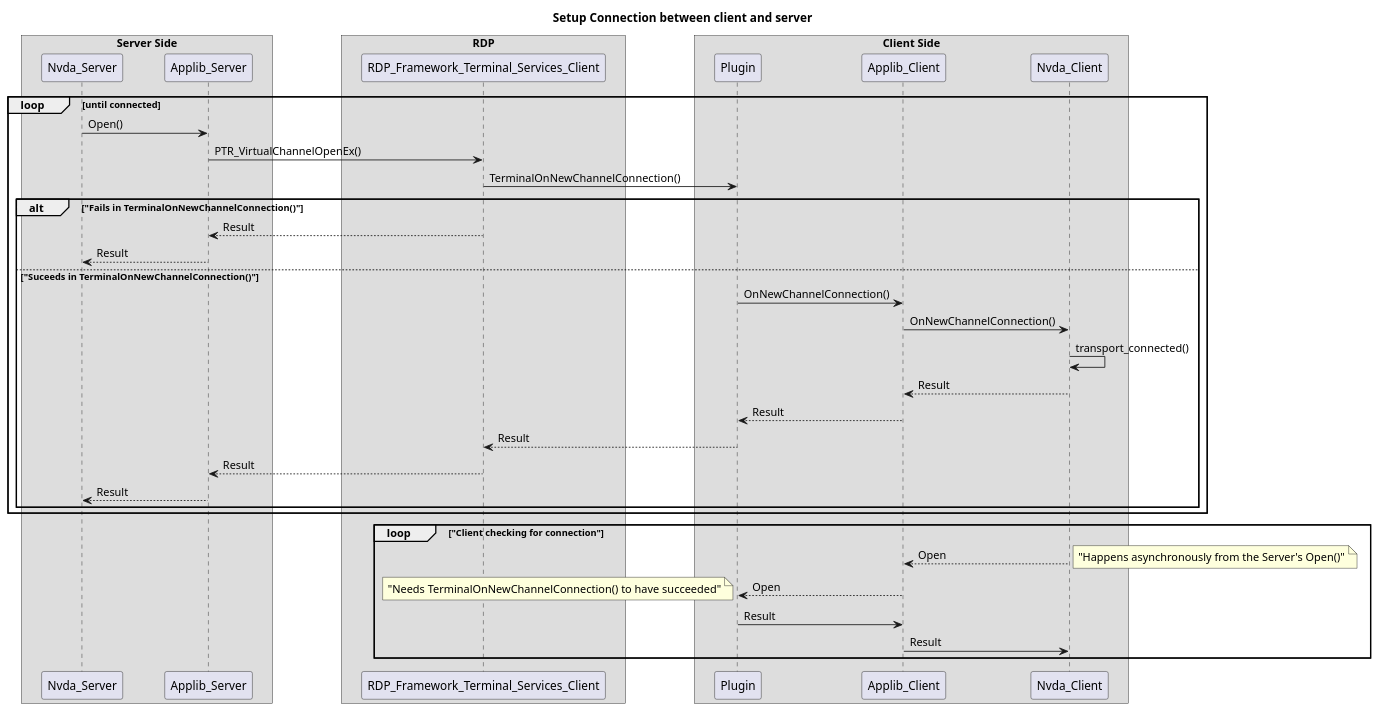
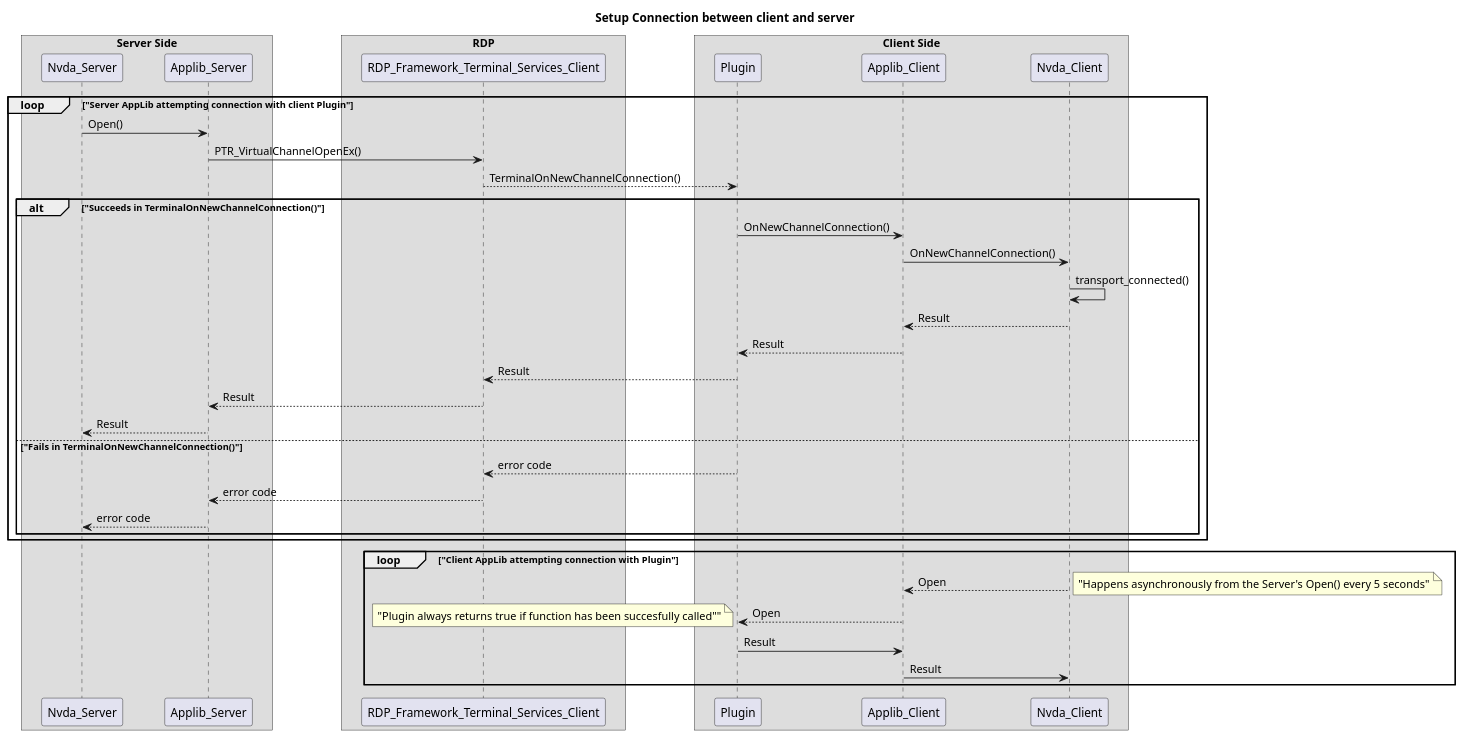
Before and after one commit to BabbageCom/unicornNVDA: the diagram in UML/Sequence.puml, drawn with PlantUML. The commit also changed 12 other files, not shown here.

```diff
--- a/UML/Sequence.puml
+++ b/UML/Sequence.puml
@@ -1,46 +1,47 @@
-@startuml Setup Connection Sequence Diagram
+@startuml Setup_Connection_Sequence_Diagram
 title Setup Connection between client and server 
 skinparam BoxPadding 40
 skinparam ParticipantPadding 20
 box Server Side
 participant Nvda_Server
 participant Applib_Server
 end box
 
 box RDP
 participant RDP_Framework_Terminal_Services_Client
 end box
 
 box Client Side
 participant Plugin
 participant Applib_Client
 participant Nvda_Client
 end box
 
-loop until connected
+loop "Server AppLib attempting connection with client Plugin"
     Nvda_Server -> Applib_Server: Open()
     Applib_Server -> RDP_Framework_Terminal_Services_Client: PTR_VirtualChannelOpenEx()
-    RDP_Framework_Terminal_Services_Client -> Plugin: TerminalOnNewChannelConnection()
-        alt "Fails in TerminalOnNewChannelConnection()"
-            RDP_Framework_Terminal_Services_Client --> Applib_Server: Result
-            Applib_Server --> Nvda_Server: Result
-        else "Suceeds in TerminalOnNewChannelConnection()"
+    RDP_Framework_Terminal_Services_Client --> Plugin: TerminalOnNewChannelConnection()
+        alt "Succeeds in TerminalOnNewChannelConnection()"
             Plugin -> Applib_Client: OnNewChannelConnection()
             Applib_Client -> Nvda_Client: OnNewChannelConnection()
             Nvda_Client -> Nvda_Client: transport_connected()
             Nvda_Client --> Applib_Client: Result
             Applib_Client --> Plugin: Result
             Plugin --> RDP_Framework_Terminal_Services_Client: Result
             RDP_Framework_Terminal_Services_Client --> Applib_Server: Result
             Applib_Server --> Nvda_Server: Result
+        else "Fails in TerminalOnNewChannelConnection()"
+            Plugin -->  RDP_Framework_Terminal_Services_Client: error code
+            RDP_Framework_Terminal_Services_Client --> Applib_Server: error code
+            Applib_Server --> Nvda_Server: error code
         end
 end
-loop "Client checking for connection"
+loop "Client AppLib attempting connection with Plugin"
     Nvda_Client --> Applib_Client: Open
-    note right: "Happens asynchronously from the Server's Open()"
+    note right: "Happens asynchronously from the Server's Open() every 5 seconds"
     Applib_Client --> Plugin: Open 
-    note left: "Needs TerminalOnNewChannelConnection() to have succeeded"
+    note left: "Plugin always returns true if function has been succesfully called""
     Plugin -> Applib_Client: Result
     Applib_Client -> Nvda_Client: Result
 end
 @enduml
```
